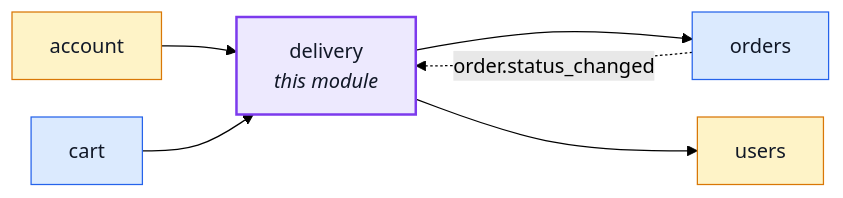
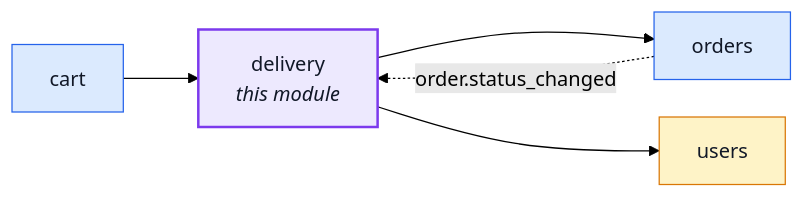
One commit to Guebbit/boilerplate-node-backend changed the first of 2 diagrams in docs/modules/delivery.md. Above: the diagram before and after it, drawn with Mermaid (forest theme). The commit also changed 35 other files, not shown here.

````diff
--- a/docs/modules/delivery.md
+++ b/docs/modules/delivery.md
@@ -16,23 +16,21 @@
 ```mermaid
 %%{init: {'flowchart': {'nodeSpacing': 30, 'rankSpacing': 60}}}%%
 flowchart LR
     delivery["delivery<br/><i>this module</i>"]
-    account["account"]
     cart["cart"]
     orders["orders"]
     users["users"]
 
-    account --> delivery
     cart --> delivery
     delivery --> orders
     delivery --> users
     orders -. "order.status_changed" .-> delivery
 
     classDef core fill:#dbeafe,stroke:#2563eb,color:#111827;
     classDef supporting fill:#fef3c7,stroke:#d97706,color:#111827;
     classDef generic fill:#dcfce7,stroke:#16a34a,color:#111827;
     classDef centre fill:#ede9fe,stroke:#7c3aed,stroke-width:2px,color:#111827;
     class cart,orders core;
-    class account,users supporting;
+    class users supporting;
     class delivery centre;
 ```
````
